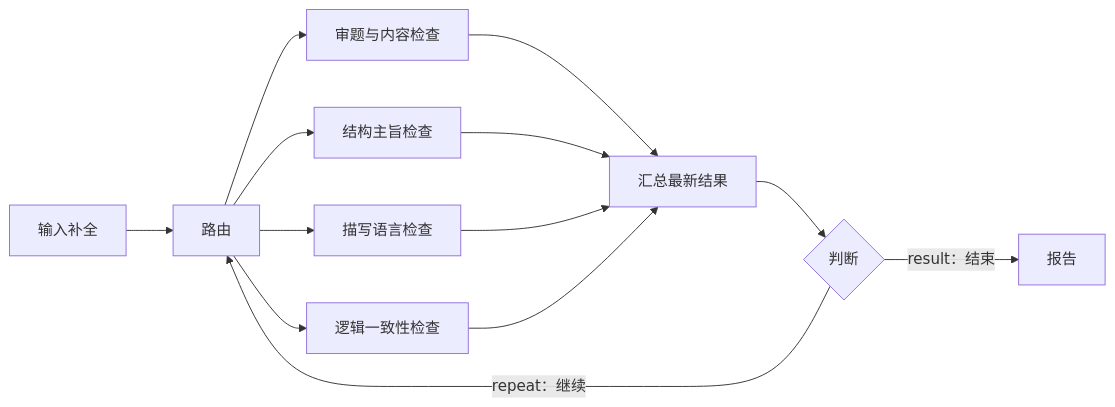
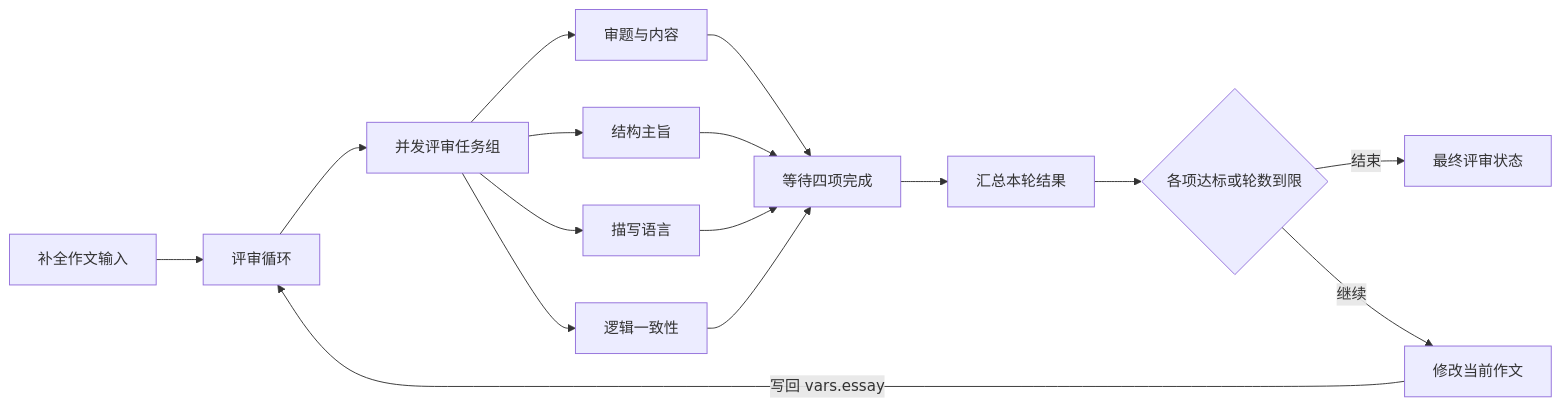
One commit to mushuanli/NestOS changed the diagram in doc/design/essay-review-flow.md. Above: the diagram before and after it, drawn with Mermaid. The commit also changed other lines of this file and 228 other files, not shown here.

First line of the commit message:
feat(flow): persist prepared runs and consolidate toolbox resources

````diff
--- a/doc/design/essay-review-flow.md
+++ b/doc/design/essay-review-flow.md
@@ -11,12 +9,15 @@
 ```mermaid
 flowchart LR
-    C[输入补全] --> R[路由]
-    R --> A[审题与内容检查]
-    R --> B[结构主旨检查]
-    R --> L[描写语言检查]
-    R --> K[逻辑一致性检查]
-    A & B & L & K --> S[汇总最新结果]
-    S --> J{判断}
-    J -->|repeat：继续| R
-    J -->|result：结束| O[报告]
+    C[补全作文输入] --> L[评审循环]
+    L --> G[并发评审任务组]
+    G --> A[审题与内容]
+    G --> B[结构主旨]
+    G --> D[描写语言]
+    G --> E[逻辑一致性]
+    A & B & D & E --> J[等待四项完成]
+    J --> S[汇总本轮结果]
+    S --> Q{各项达标或轮数到限}
+    Q -->|结束| O[最终评审状态]
+    Q -->|继续| R[修改当前作文]
+    R -->|写回 vars.essay| L
 ```
````
